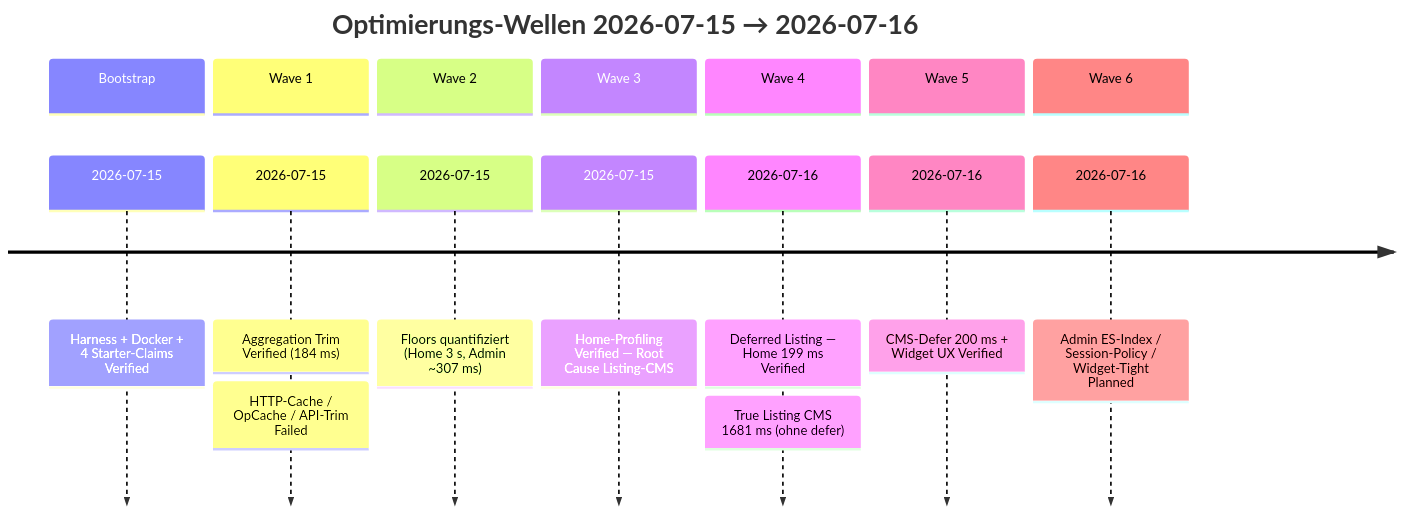
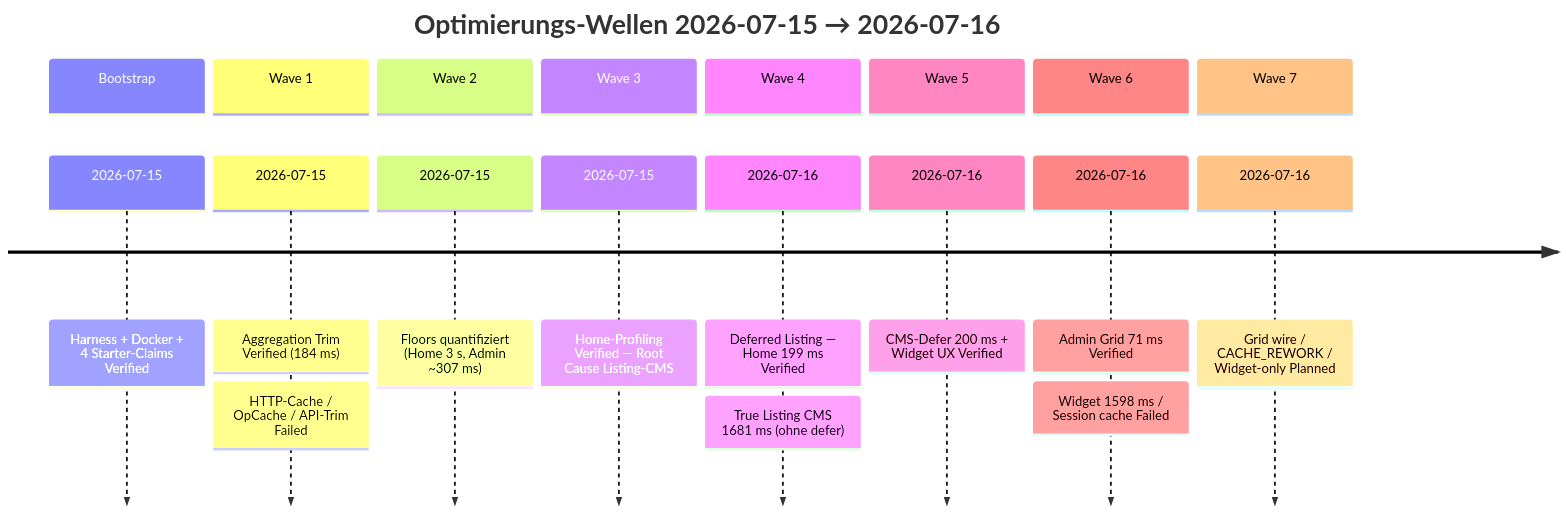
Before and after one commit to sthamann/shopware-autoresearch: the second of 5 diagrams in RESEARCH_RESULTS.md, drawn with Mermaid. The commit also changed other lines of this file and 18 other files, not shown here.

First line of the commit message:
Wave 6: query-only admin grid search verified at 71 ms p95.

````diff
--- a/RESEARCH_RESULTS.md
+++ b/RESEARCH_RESULTS.md
@@ -129,20 +130,23 @@
 ```mermaid
 timeline
     title Optimierungs-Wellen 2026-07-15 → 2026-07-16
     section Bootstrap
         2026-07-15 : Harness + Docker + 4 Starter-Claims Verified
     section Wave 1
         2026-07-15 : Aggregation Trim Verified (184 ms)
                    : HTTP-Cache / OpCache / API-Trim Failed
     section Wave 2
         2026-07-15 : Floors quantifiziert (Home 3 s, Admin ~307 ms)
     section Wave 3
         2026-07-15 : Home-Profiling Verified — Root Cause Listing-CMS
     section Wave 4
         2026-07-16 : Deferred Listing — Home 199 ms Verified
                    : True Listing CMS 1681 ms (ohne defer)
     section Wave 5
         2026-07-16 : CMS-Defer 200 ms + Widget UX Verified
     section Wave 6
-        2026-07-16 : Admin ES-Index / Session-Policy / Widget-Tight Planned
+        2026-07-16 : Admin Grid 71 ms Verified
+                   : Widget 1598 ms / Session cache Failed
+    section Wave 7
+        2026-07-16 : Grid wire / CACHE_REWORK / Widget-only Planned
 ```
````
